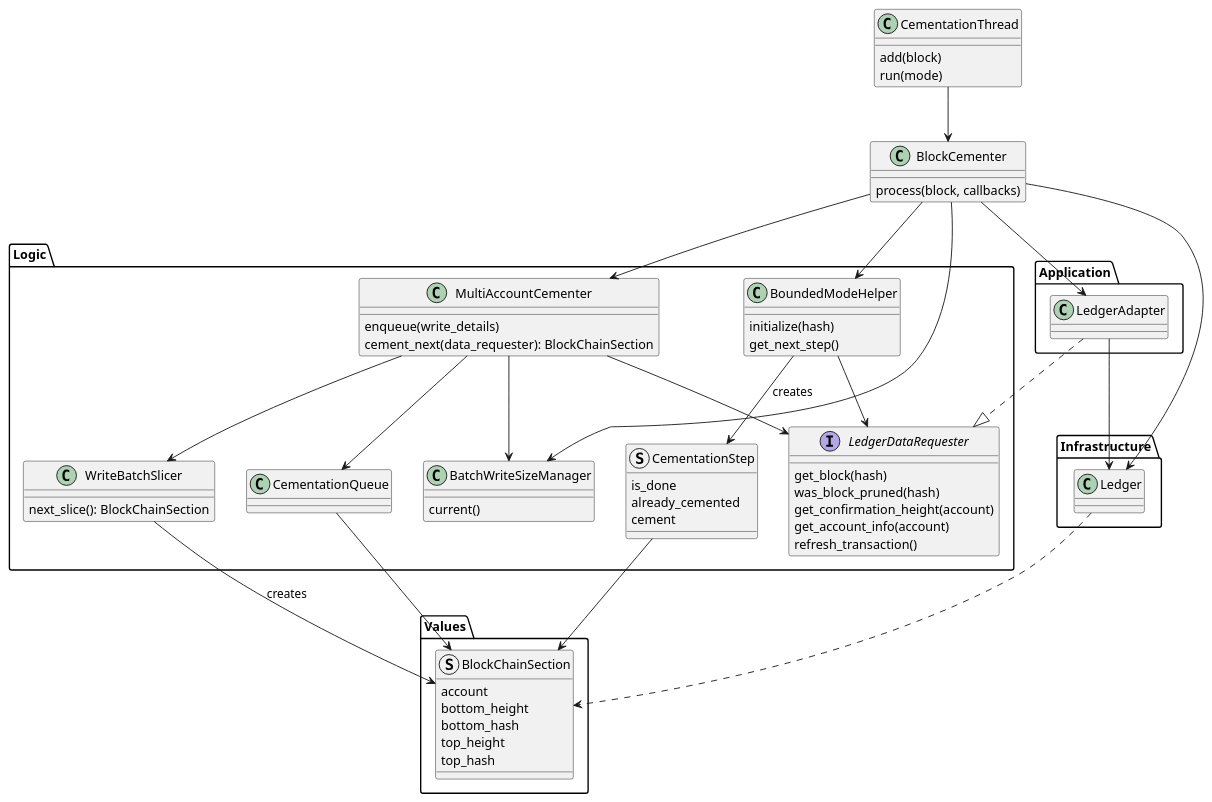
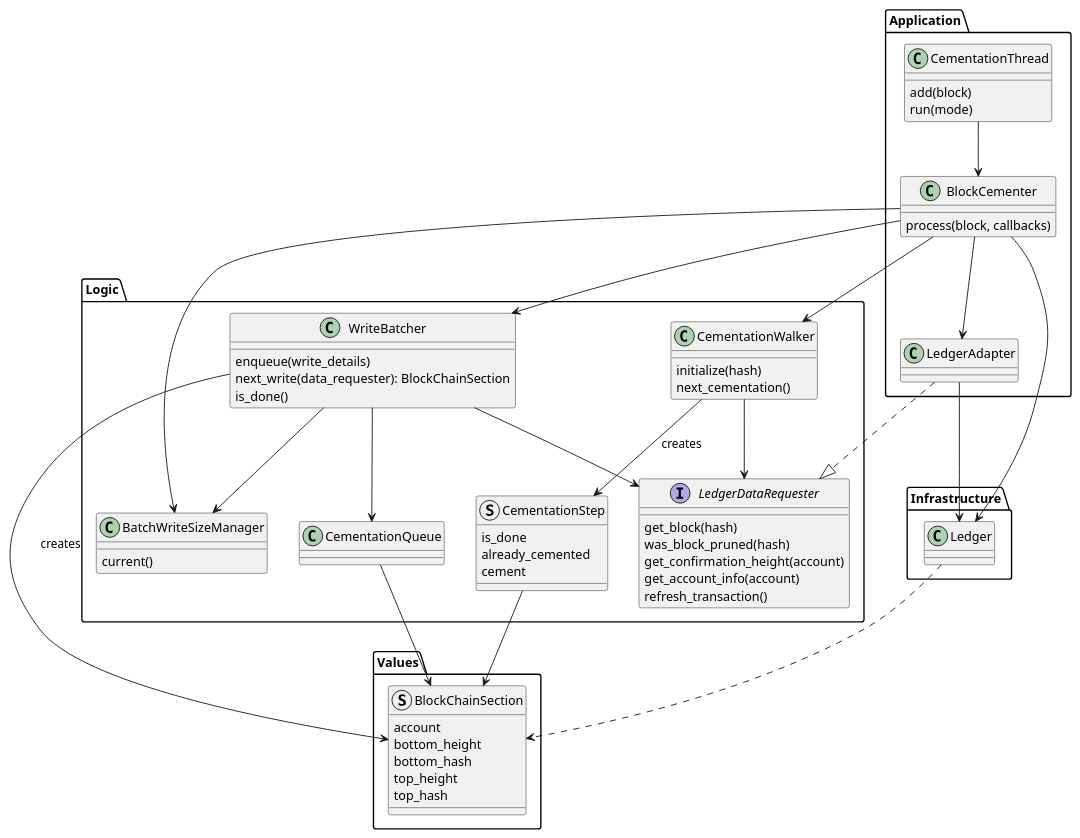
One commit to stjet/rsban-node changed the diagram in rust/doc/cementing.puml. Above: the diagram before and after it, drawn with PlantUML. The commit also changed 5 other files, not shown here.

```diff
--- a/rust/doc/cementing.puml
+++ b/rust/doc/cementing.puml
@@ -1,91 +1,89 @@
 @startuml "Confirmation Height"
-class BlockCementer{
-    process(block, callbacks)
-}
-
-class CementationThread{
-    add(block)
-    run(mode)
-}
 
 package "Infrastructure" {
     class Ledger
 }
 
 package "Logic"{
     class CementationQueue
 
-    class WriteBatchSlicer {
-        next_slice(): BlockChainSection
+    class WriteBatcher {
+        enqueue(write_details)
+        next_write(data_requester): BlockChainSection
+        is_done()
     }
-    class MultiAccountCementer {
-        enqueue(write_details)
-        cement_next(data_requester): BlockChainSection
-    }
+
     class BatchWriteSizeManager {
         current()
     }
 
     interface LedgerDataRequester{
         get_block(hash)
         was_block_pruned(hash)
         get_confirmation_height(account)
         get_account_info(account)
         refresh_transaction()
     }
 
     struct CementationStep{
         is_done
         already_cemented
         cement
     }
 
-    class BoundedModeHelper{
+    class CementationWalker{
         initialize(hash)
-        get_next_step()
+        next_cementation()
     }
 
 }
 
 package "Values"{
     struct BlockChainSection{
         account
         bottom_height
         bottom_hash
         top_height
         top_hash
     }
 }
 
 package "Application"{
+    class CementationThread{
+        add(block)
+        run(mode)
+    }
+
+    class BlockCementer{
+        process(block, callbacks)
+    }
+
     class LedgerAdapter
 }
 
 Ledger ..> BlockChainSection
 
 BlockCementer --> Ledger
-BlockCementer --> MultiAccountCementer
+BlockCementer --> WriteBatcher
 BlockCementer --> BatchWriteSizeManager
 BlockCementer --> LedgerAdapter
-BlockCementer --> BoundedModeHelper
+BlockCementer --> CementationWalker
 
-BoundedModeHelper --> CementationStep: creates
-BoundedModeHelper --> LedgerDataRequester
+CementationWalker --> CementationStep: creates
+CementationWalker --> LedgerDataRequester
 
 CementationStep --> BlockChainSection
 
-MultiAccountCementer --> WriteBatchSlicer
-MultiAccountCementer --> BatchWriteSizeManager
-MultiAccountCementer --> CementationQueue
-MultiAccountCementer --> LedgerDataRequester
-
-WriteBatchSlicer --> BlockChainSection: creates
+WriteBatcher --> BatchWriteSizeManager
+WriteBatcher --> CementationQueue
+WriteBatcher --> LedgerDataRequester
+WriteBatcher --> BlockChainSection: creates
 
 CementationQueue --> BlockChainSection
 
 CementationThread --> BlockCementer
 
 LedgerAdapter ..|> LedgerDataRequester
 LedgerAdapter --> Ledger
 
 @enduml
```
